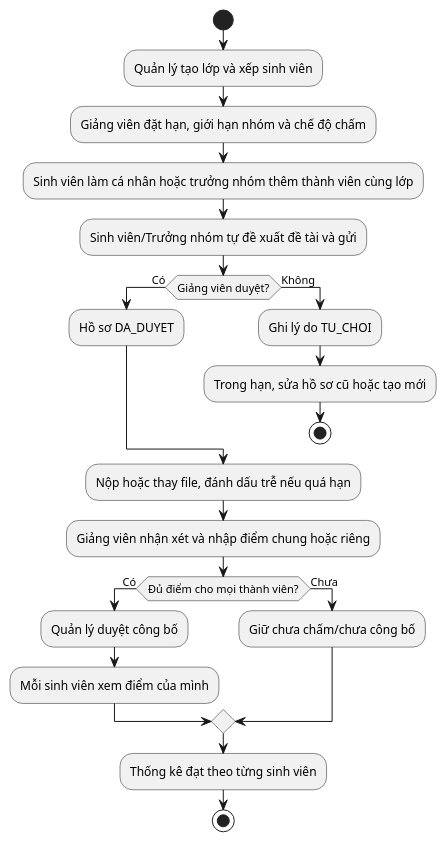
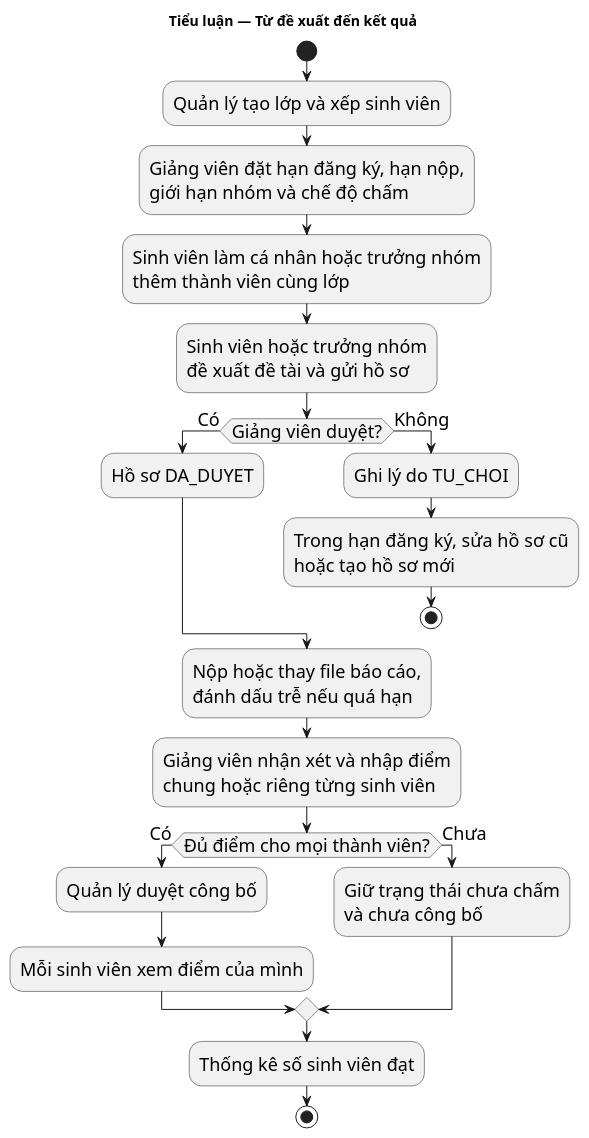
The fifth of 6 diagrams in Docs/02-so-do-uml.md (lam-vu6868/HTQL_TieuLuan_DoAN), drawn with PlantUML before and after one commit. The commit also changed other lines of this file and 45 other files, not shown here.

````diff
--- a/Docs/02-so-do-uml.md
+++ b/Docs/02-so-do-uml.md
@@ -184,26 +199,28 @@
 ```plantuml
 @startuml
+title Tiểu luận — Từ đề xuất đến kết quả
+skinparam defaultFontSize 18
 start
 :Quản lý tạo lớp và xếp sinh viên;
-:Giảng viên đặt hạn, giới hạn nhóm và chế độ chấm;
-:Sinh viên làm cá nhân hoặc trưởng nhóm thêm thành viên cùng lớp;
-:Sinh viên/Trưởng nhóm tự đề xuất đề tài và gửi;
+:Giảng viên đặt hạn đăng ký, hạn nộp,\ngiới hạn nhóm và chế độ chấm;
+:Sinh viên làm cá nhân hoặc trưởng nhóm\nthêm thành viên cùng lớp;
+:Sinh viên hoặc trưởng nhóm\nđề xuất đề tài và gửi hồ sơ;
 if (Giảng viên duyệt?) then (Có)
   :Hồ sơ DA_DUYET;
 else (Không)
   :Ghi lý do TU_CHOI;
-  :Trong hạn, sửa hồ sơ cũ hoặc tạo mới;
+  :Trong hạn đăng ký, sửa hồ sơ cũ\nhoặc tạo hồ sơ mới;
   stop
 endif
-:Nộp hoặc thay file, đánh dấu trễ nếu quá hạn;
-:Giảng viên nhận xét và nhập điểm chung hoặc riêng;
+:Nộp hoặc thay file báo cáo,\nđánh dấu trễ nếu quá hạn;
+:Giảng viên nhận xét và nhập điểm\nchung hoặc riêng từng sinh viên;
 if (Đủ điểm cho mọi thành viên?) then (Có)
   :Quản lý duyệt công bố;
   :Mỗi sinh viên xem điểm của mình;
 else (Chưa)
-  :Giữ chưa chấm/chưa công bố;
+  :Giữ trạng thái chưa chấm\nvà chưa công bố;
 endif
-:Thống kê đạt theo từng sinh viên;
+:Thống kê số sinh viên đạt;
 stop
 @enduml
 ```
````
